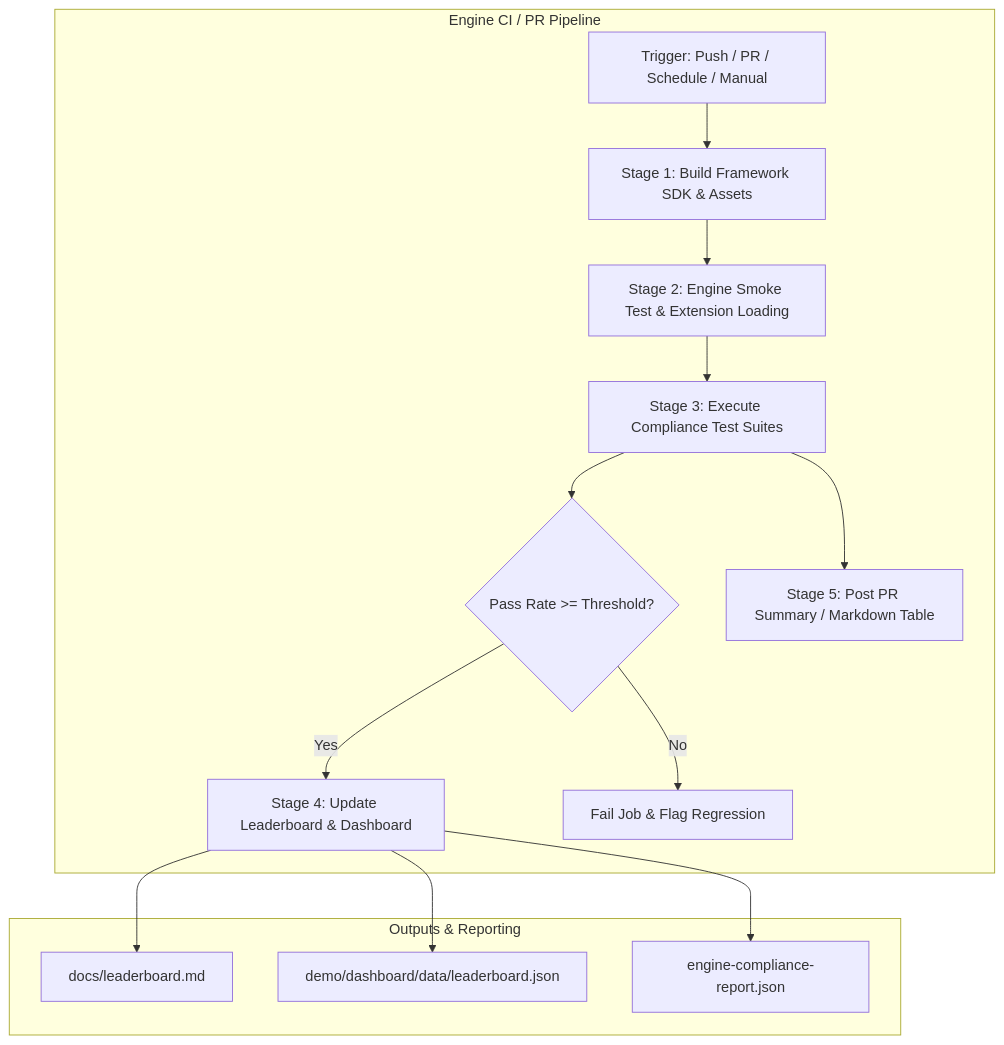
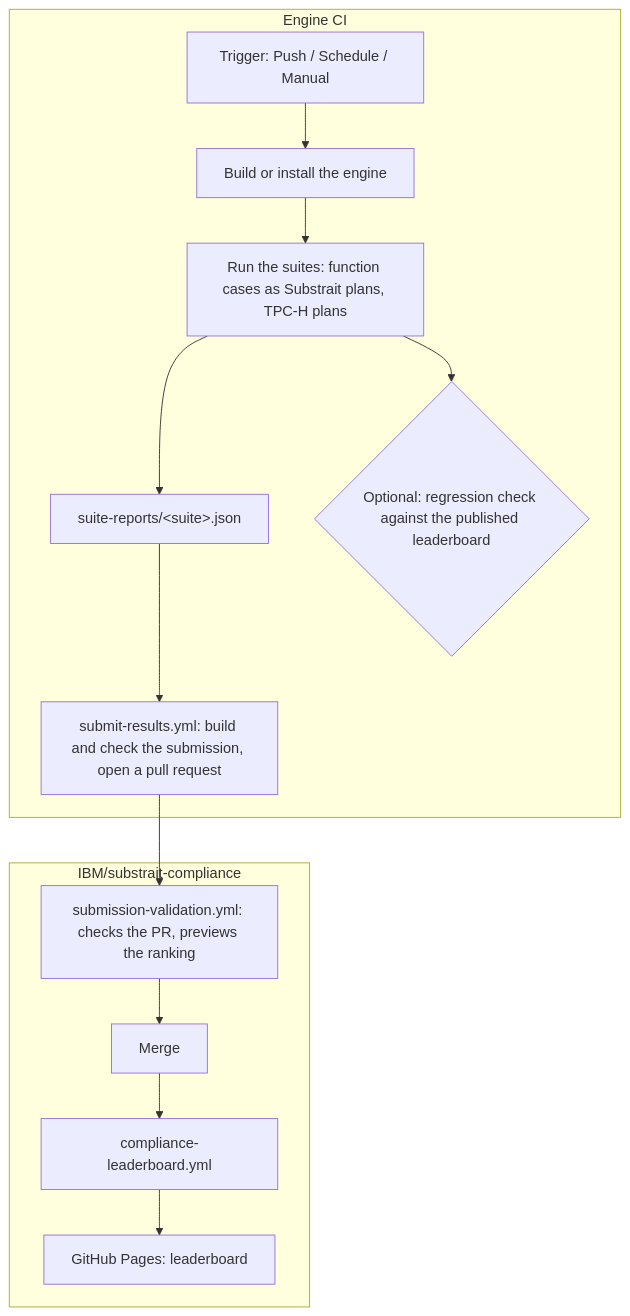
The first of 2 diagrams in docs/CI_COMPLIANCE_WORKFLOW_GUIDE.md (IBM/substrait-compliance), drawn with Mermaid before and after one commit. The commit also changed other lines of this file and 32 other files, not shown here.

First line of the commit message:
feat(submissions): engine teams submit leaderboard results by pull request (#78)

````diff
--- a/docs/CI_COMPLIANCE_WORKFLOW_GUIDE.md
+++ b/docs/CI_COMPLIANCE_WORKFLOW_GUIDE.md
@@ -39,18 +41,16 @@
 ```mermaid
 flowchart TD
-    subgraph EngineRepo [Engine CI / PR Pipeline]
-        A[Trigger: Push / PR / Schedule / Manual] --> B[Stage 1: Build Framework SDK & Assets]
-        B --> C[Stage 2: Engine Smoke Test & Extension Loading]
-        C --> D[Stage 3: Execute Compliance Test Suites]
-        D --> E{Pass Rate >= Threshold?}
-        E -->|Yes| F[Stage 4: Update Leaderboard & Dashboard]
-        E -->|No| G[Fail Job & Flag Regression]
-        D --> H[Stage 5: Post PR Summary / Markdown Table]
+    subgraph EngineRepo [Engine CI]
+        A[Trigger: Push / Schedule / Manual] --> B[Build or install the engine]
+        B --> C[Run the suites: function cases as Substrait plans, TPC-H plans]
+        C --> D[suite-reports/&lt;suite&gt;.json]
+        C --> E{Optional: regression check against the published leaderboard}
+        D --> F[submit-results.yml: build and check the submission, open a pull request]
     end
-
-    subgraph Artifacts [Outputs & Reporting]
-        F --> I[docs/leaderboard.md]
-        F --> J[demo/dashboard/data/leaderboard.json]
-        F --> K[engine-compliance-report.json]
+    subgraph ComplianceRepo [IBM/substrait-compliance]
+        F --> G[submission-validation.yml: checks the PR, previews the ranking]
+        G --> H[Merge]
+        H --> I[compliance-leaderboard.yml]
+        I --> J[GitHub Pages: leaderboard]
     end
 ```
````
